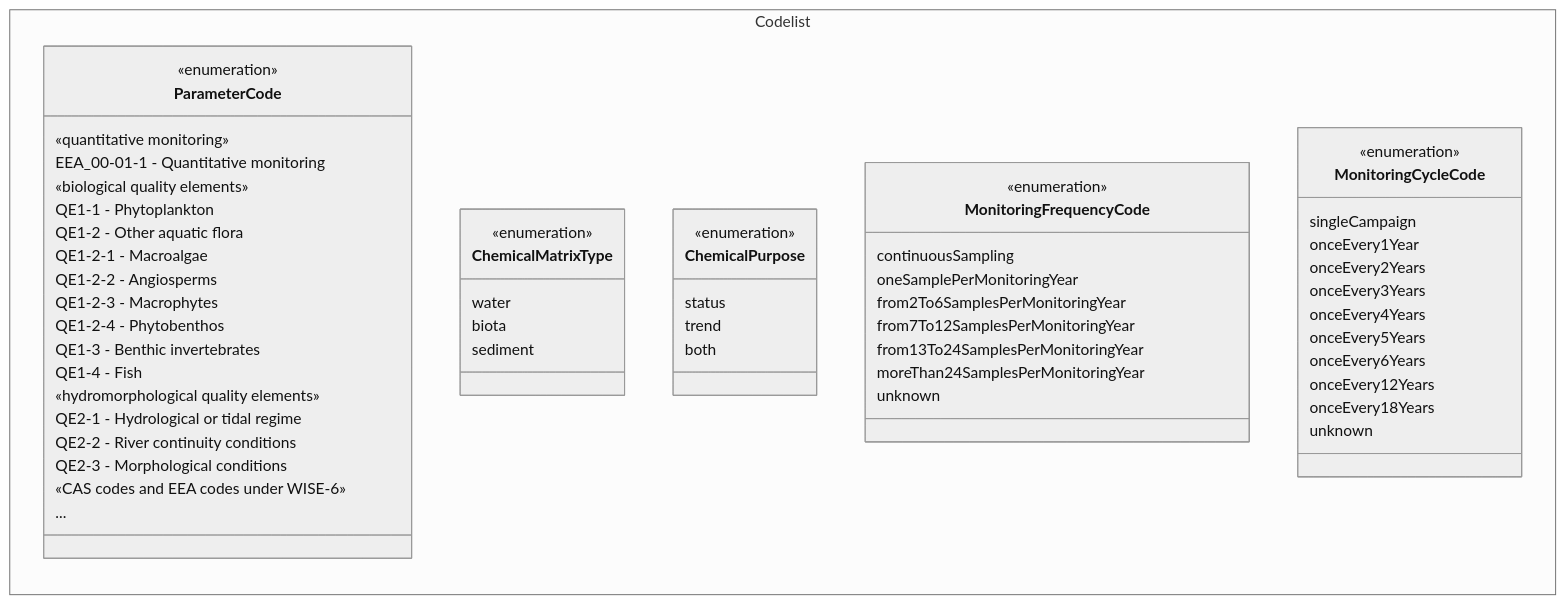
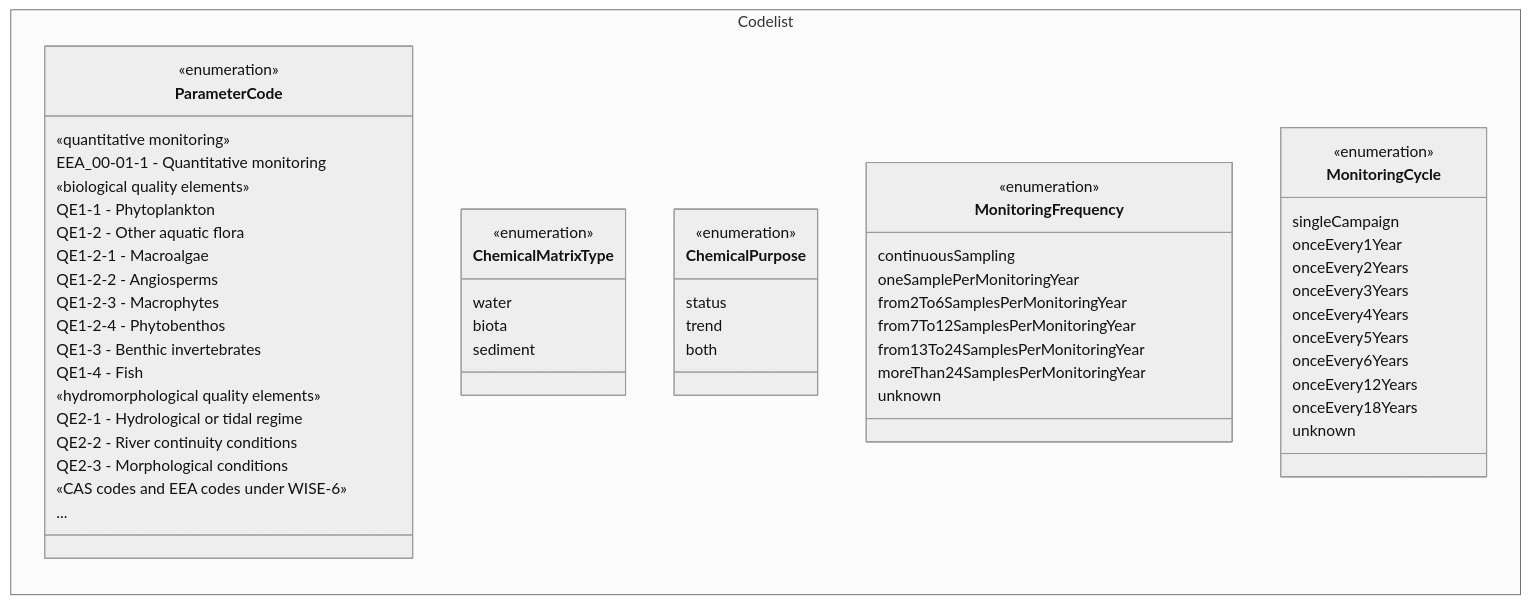
The second of 2 diagrams in docs/DataModelReview/WFDMonitoring.md (eeadata/WISE.WFD.Documentation), drawn with Mermaid before and after one commit. The commit also changed other lines of this file, not shown here.

Commit message:
Update to the monitoring codelists #303004

````diff
--- a/docs/DataModelReview/WFDMonitoring.md
+++ b/docs/DataModelReview/WFDMonitoring.md
@@ -178,76 +178,76 @@
 ```{mermaid}
 :name: CodelistsDescriptiveMonitoring4thcycle
 :caption:  Codelists - Monitoring - 4ᵗʰ cycle
 :align: center
 :zoom:
 %%{init: {'theme': 'neutral'}}%%
 classDiagram
 direction LR
 namespace Codelist{
 
     class ParameterCode{
       <<enumeration>>
 
       «quantitative monitoring»
       EEA_00-01-1 - Quantitative monitoring
 
       «biological quality elements»
       QE1-1 - Phytoplankton
       QE1-2 - Other aquatic flora
       QE1-2-1 - Macroalgae
       QE1-2-2 - Angiosperms
       QE1-2-3 - Macrophytes
       QE1-2-4 - Phytobenthos
       QE1-3 - Benthic invertebrates
       QE1-4 - Fish
 
       «hydromorphological quality elements»
       QE2-1 - Hydrological or tidal regime
       QE2-2 - River continuity conditions
       QE2-3 - Morphological conditions
 
       «CAS codes and EEA codes under WISE-6»
       ...
     }
 
     class ChemicalMatrixType{
         <<enumeration>>
         water
         biota
         sediment
         }
 
     class ChemicalPurpose{
         <<enumeration>>
         status
         trend
         both
         }   
 
-    class MonitoringFrequencyCode{
+    class MonitoringFrequency{
         <<enumeration>>
         continuousSampling
         oneSamplePerMonitoringYear
         from2To6SamplesPerMonitoringYear
         from7To12SamplesPerMonitoringYear
         from13To24SamplesPerMonitoringYear
         moreThan24SamplesPerMonitoringYear
         unknown
         }   
 
-    class MonitoringCycleCode{
+    class MonitoringCycle{
         <<enumeration>>
         singleCampaign
         onceEvery1Year
         onceEvery2Years
         onceEvery3Years
         onceEvery4Years
         onceEvery5Years
         onceEvery6Years
         onceEvery12Years
         onceEvery18Years
         unknown
         }   
 }
 
 ```
````
